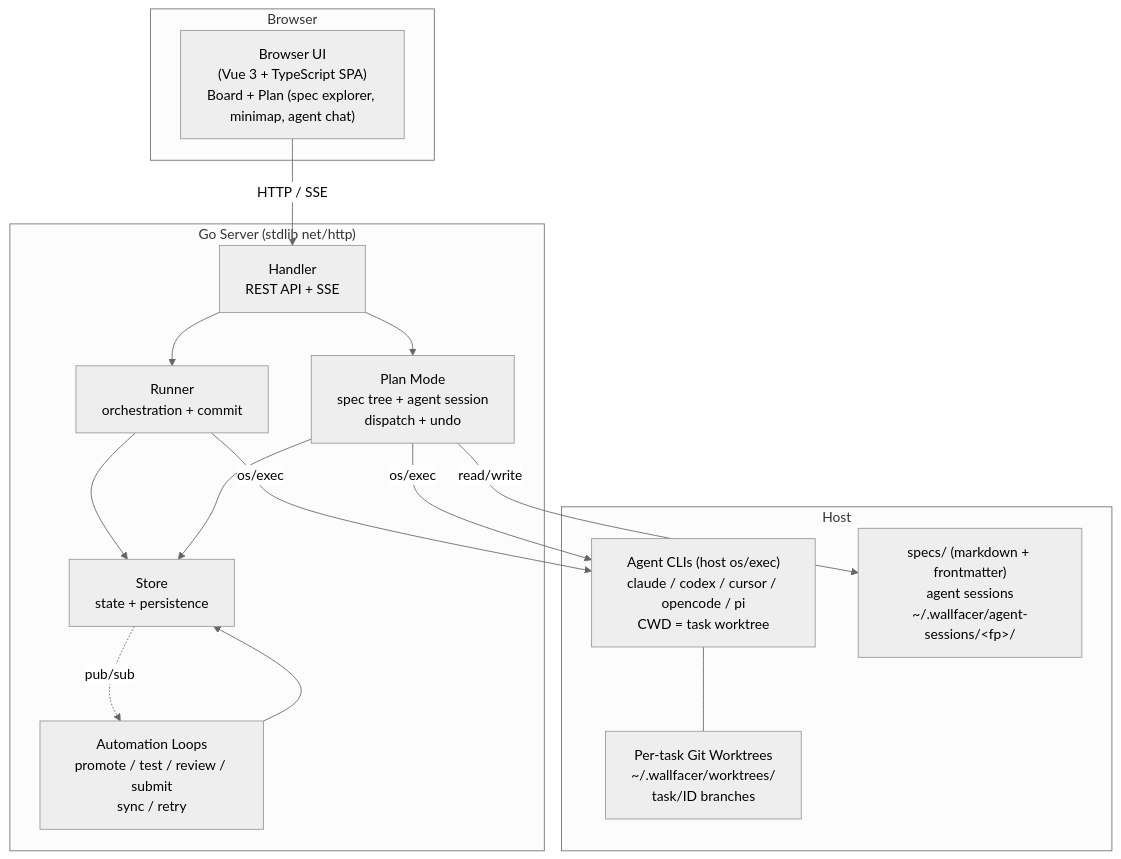
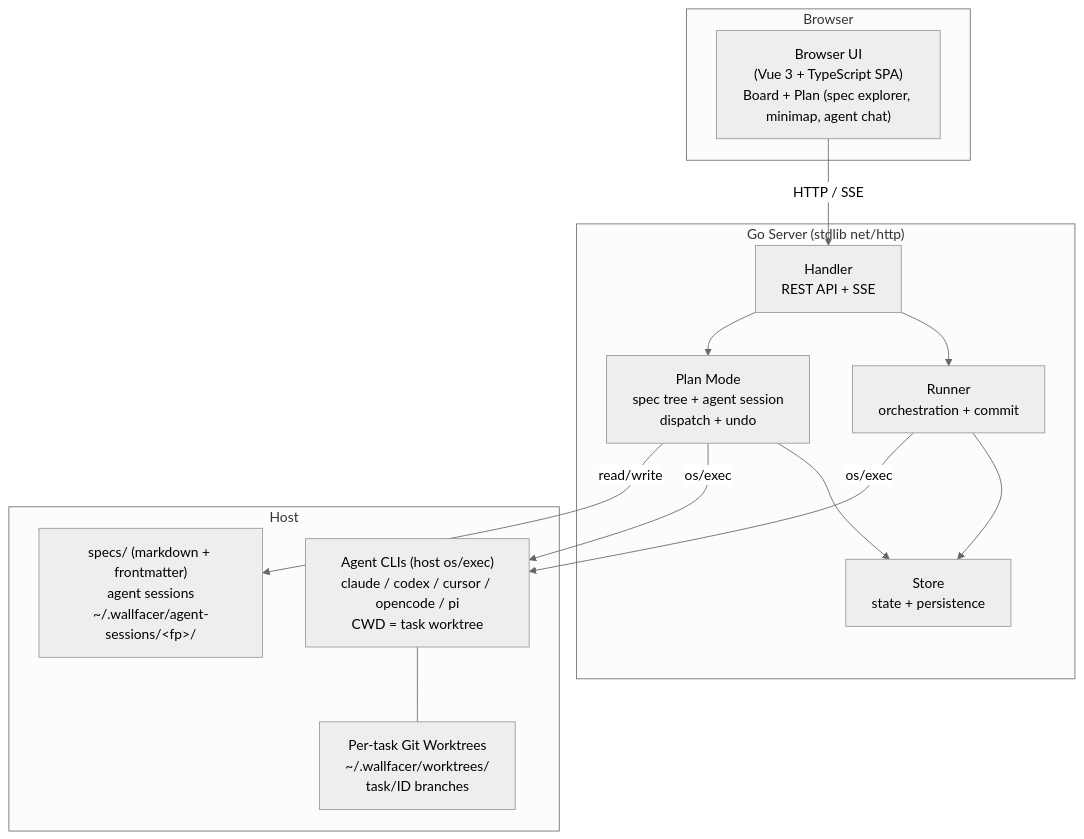
The first of 4 diagrams in docs/internals/architecture.md (changkun/wallfacer), drawn with Mermaid (neutral theme) before and after one commit. The commit also changed other lines of this file and 19 other files, not shown here.

Commit message:
docs: tasks start by hand: no automation guide, review on a second model, schedule or circuit breaker; the internals page covers background work and recovery, and failure categories move to the board guide

````diff
--- a/docs/internals/architecture.md
+++ b/docs/internals/architecture.md
@@ -15,33 +15,30 @@
 ```mermaid
 graph TB
     subgraph Browser
         UI["Browser UI<br/>(Vue 3 + TypeScript SPA)<br/>Board + Plan (spec explorer, minimap, agent chat)"]
     end
 
     subgraph Server["Go Server (stdlib net/http)"]
         Handler["Handler<br/>REST API + SSE"]
         Runner["Runner<br/>orchestration + commit"]
         Store["Store<br/>state + persistence"]
-        Automation["Automation Loops<br/>promote / test / review / submit<br/>sync / retry"]
         Plan["Plan Mode<br/>spec tree + agent session<br/>dispatch + undo"]
 
         Handler --> Runner
         Handler --> Plan
         Runner --> Store
-        Automation --> Store
         Plan --> Store
-        Store -.->|pub/sub| Automation
     end
 
     subgraph Infra["Host"]
         Agents["Agent CLIs (host os/exec)<br/>claude / codex / cursor / opencode / pi<br/>CWD = task worktree"]
         Worktrees["Per-task Git Worktrees<br/>~/.wallfacer/worktrees/<br/>task/ID branches"]
         SpecsFS["specs/ (markdown + frontmatter)<br/>agent sessions<br/>~/.wallfacer/agent-sessions/&lt;fp&gt;/"]
         Agents --- Worktrees
     end
 
     UI -->|"HTTP / SSE"| Handler
     Runner -->|os/exec| Agents
     Plan -->|os/exec| Agents
     Plan -->|read/write| SpecsFS
 ```
````
